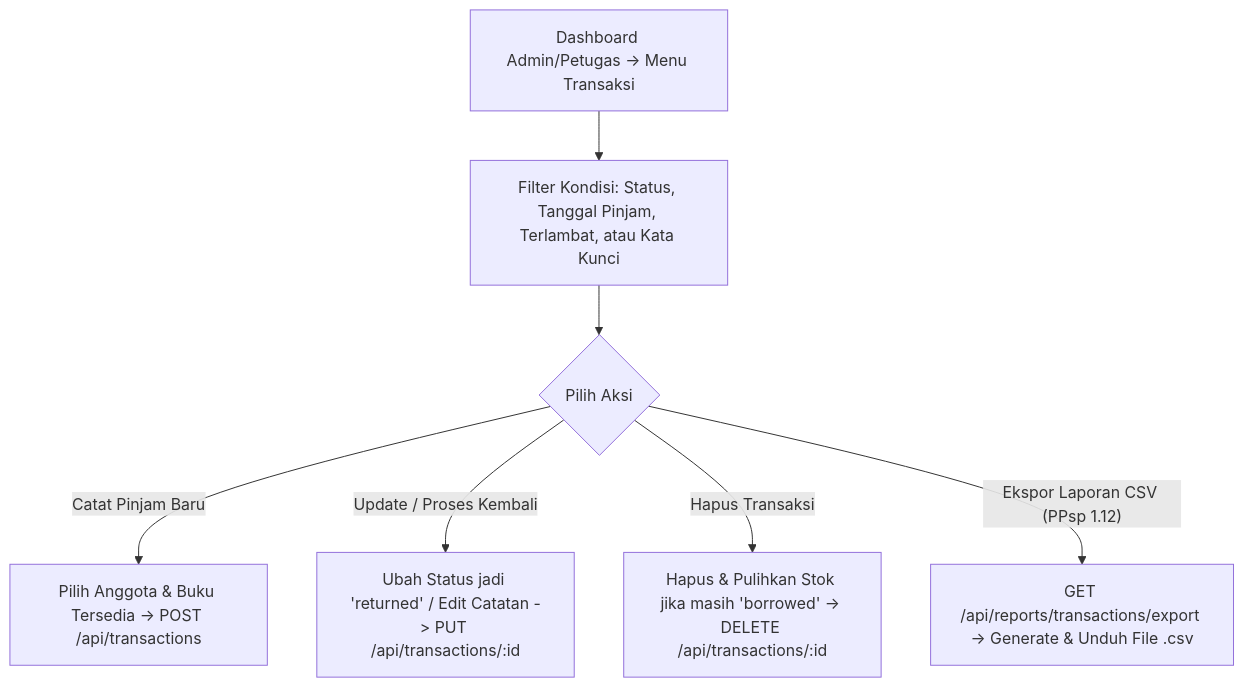
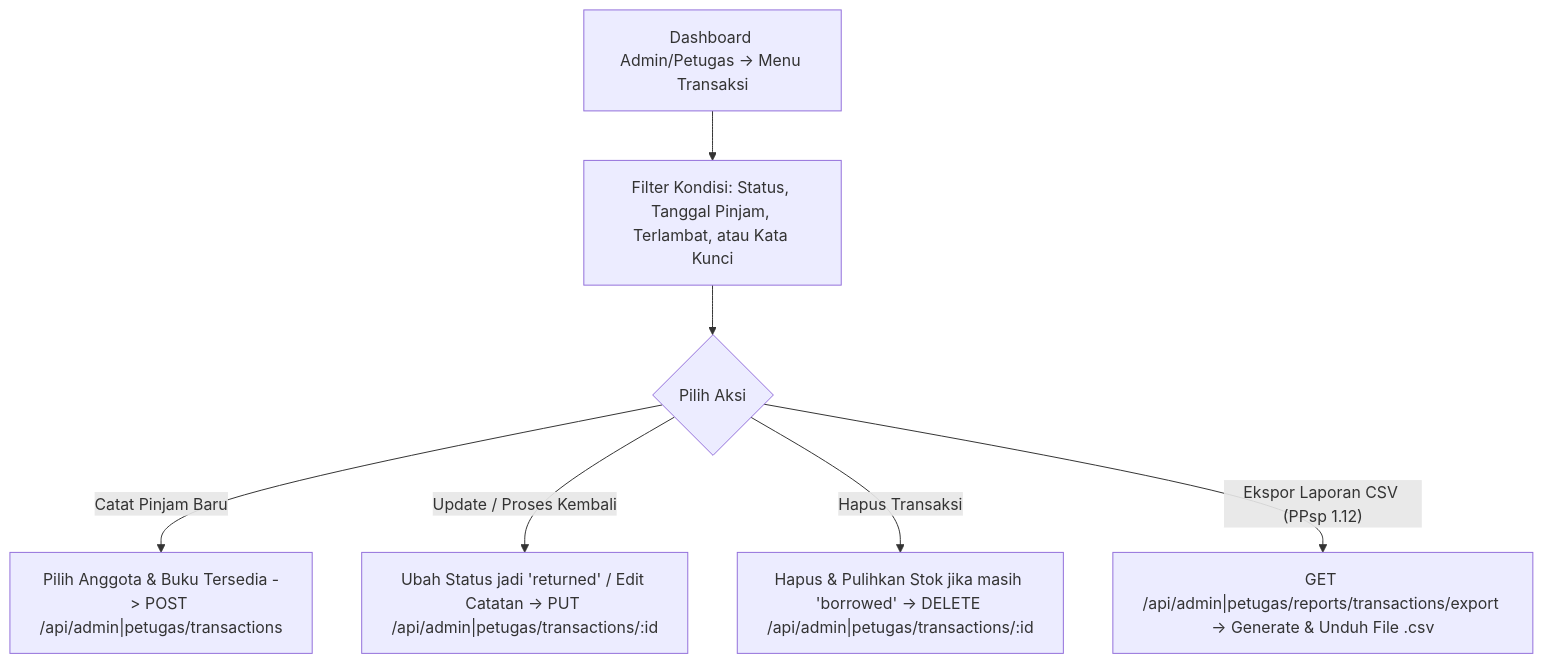
Before and after one commit to ardenpratamamaskuri404/Denvora-Lexora-App: the seventh of 7 diagrams in docs/planning/USER-FLOW.md, drawn with Mermaid. The commit also changed other lines of this file and 5 other files, not shown here.

````diff
--- a/docs/planning/USER-FLOW.md
+++ b/docs/planning/USER-FLOW.md
@@ -160,9 +160,9 @@
 ```mermaid
 flowchart TD
     A["Dashboard Admin/Petugas -> Menu Transaksi"] --> B["Filter Kondisi: Status, Tanggal Pinjam, Terlambat, atau Kata Kunci"]
     B --> C{"Pilih Aksi"}
-    C -->|"Catat Pinjam Baru"| D["Pilih Anggota & Buku Tersedia -> POST /api/transactions"]
-    C -->|"Update / Proses Kembali"| E["Ubah Status jadi 'returned' / Edit Catatan -> PUT /api/transactions/:id"]
-    C -->|"Hapus Transaksi"| F["Hapus & Pulihkan Stok jika masih 'borrowed' -> DELETE /api/transactions/:id"]
-    C -->|"Ekspor Laporan CSV (PPsp 1.12)"| G["GET /api/reports/transactions/export -> Generate & Unduh File .csv"]
+    C -->|"Catat Pinjam Baru"| D["Pilih Anggota & Buku Tersedia -> POST /api/admin|petugas/transactions"]
+    C -->|"Update / Proses Kembali"| E["Ubah Status jadi 'returned' / Edit Catatan -> PUT /api/admin|petugas/transactions/:id"]
+    C -->|"Hapus Transaksi"| F["Hapus & Pulihkan Stok jika masih 'borrowed' -> DELETE /api/admin|petugas/transactions/:id"]
+    C -->|"Ekspor Laporan CSV (PPsp 1.12)"| G["GET /api/admin|petugas/reports/transactions/export -> Generate & Unduh File .csv"]
 ```
````
